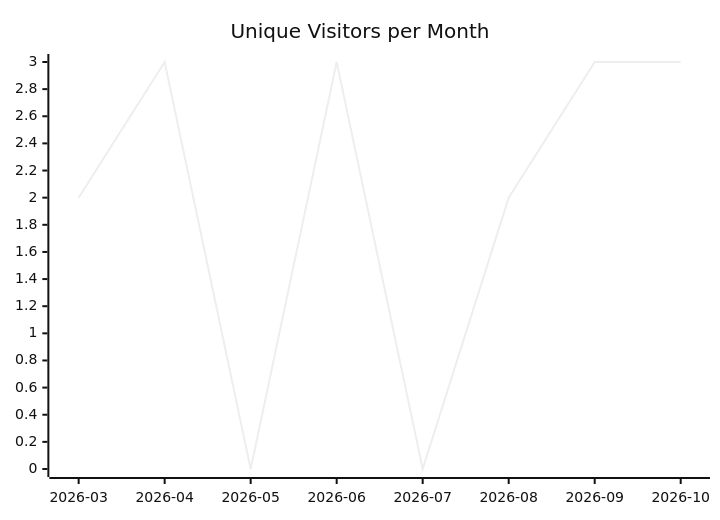
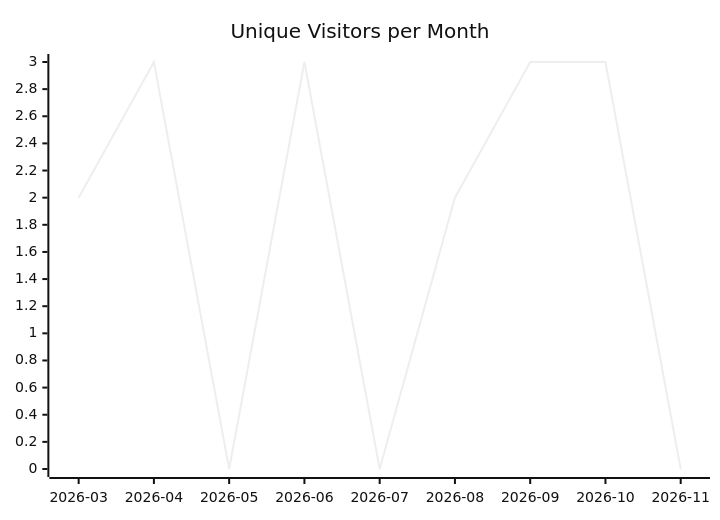
One commit to justdavis-family/github-analytics-data changed the first of 3 diagrams in karlmdavis/ansible-role-bind-dns/README.md. Above: the diagram before and after it, drawn with Mermaid (neutral theme). The commit also changed other lines of this file and 201 other files, not shown here.

````diff
--- a/karlmdavis/ansible-role-bind-dns/README.md
+++ b/karlmdavis/ansible-role-bind-dns/README.md
@@ -5,6 +5,6 @@
 ```mermaid
 xychart-beta
   title "Unique Visitors per Month"
-  x-axis ["2026-03", "2026-04", "2026-05", "2026-06", "2026-07", "2026-08", "2026-09", "2026-10"]
-  line [2, 3, 0, 3, 0, 2, 3, 3]
+  x-axis ["2026-03", "2026-04", "2026-05", "2026-06", "2026-07", "2026-08", "2026-09", "2026-10", "2026-11"]
+  line [2, 3, 0, 3, 0, 2, 3, 3, 0]
 ```
````
